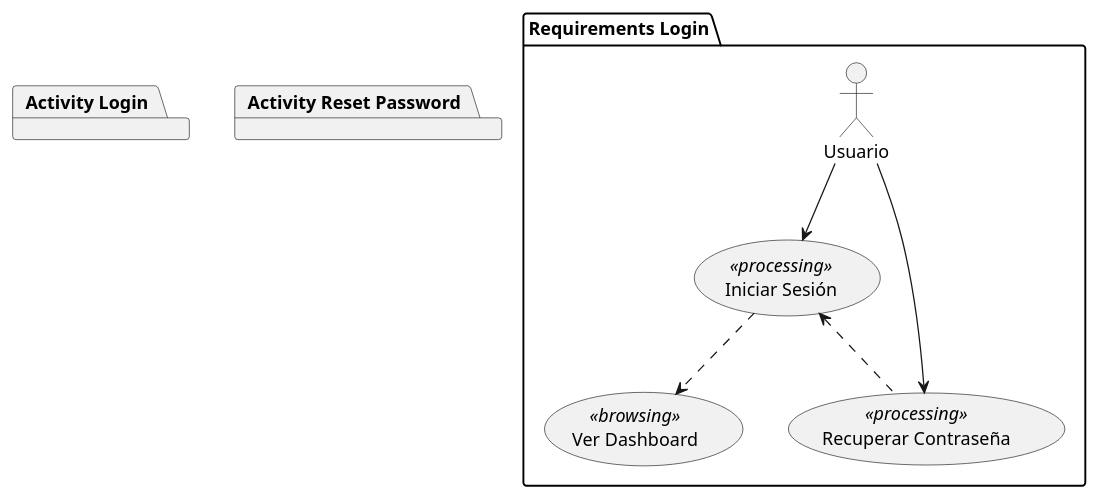
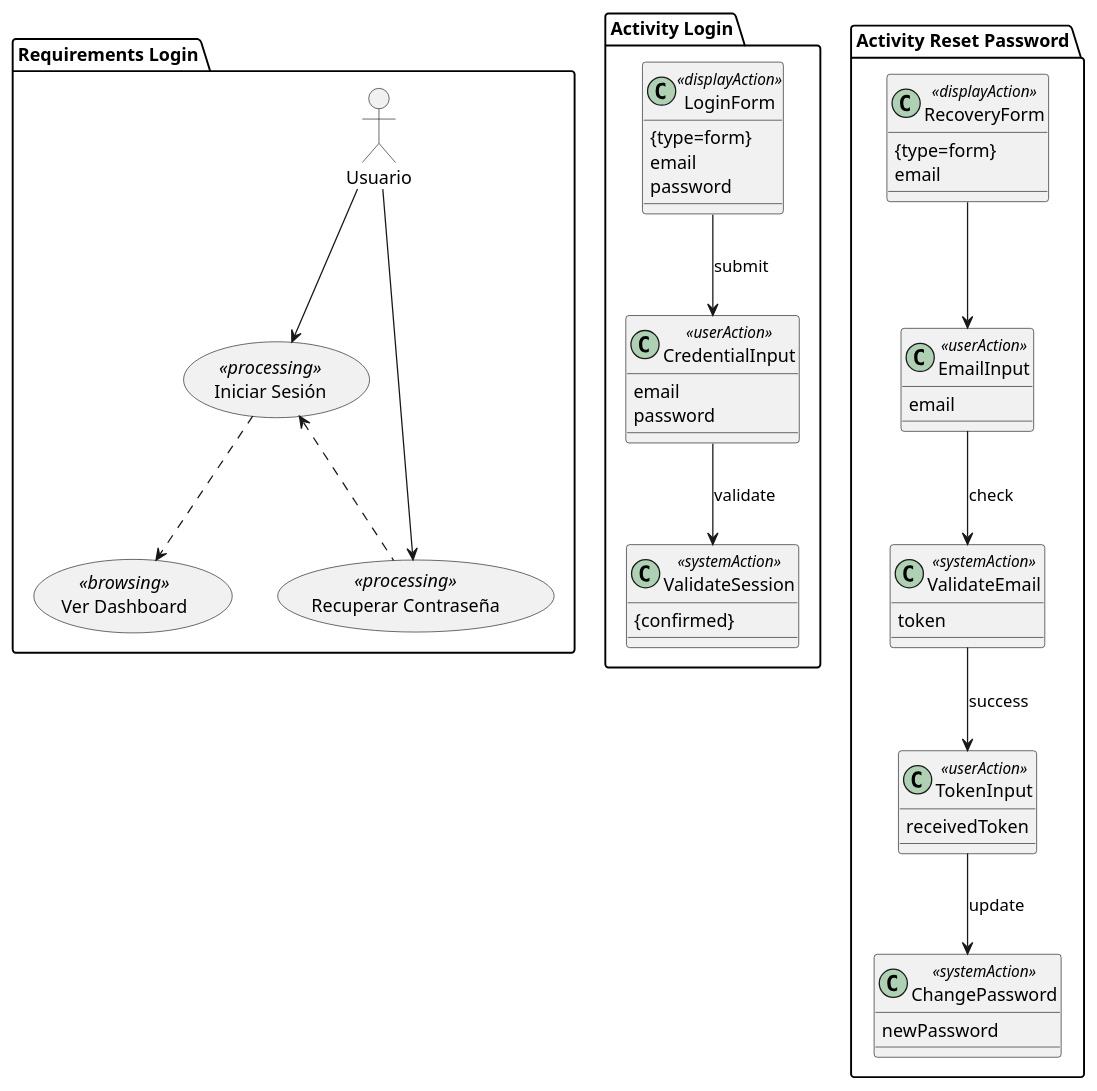
One commit to AinsleyJack/UWE-Tienda-Colectiva changed the diagram in Login/login_requirements.puml. Above: the diagram before and after it, drawn with PlantUML.

Commit message:
Feat: mejoras de actividades

```diff
--- a/Login/login_requirements.puml
+++ b/Login/login_requirements.puml
@@ -1,21 +1,63 @@
-@startuml
+@startuml login_requirements
+allow_mixing
 package "Requirements Login" {
   usecase "Iniciar Sesión" as Login <<processing>>
   usecase "Recuperar Contraseña" as Recover <<processing>>
   usecase "Ver Dashboard" as ViewDash <<browsing>>
   
   actor "Usuario" as User
 }
 
 package "Activity Login" {
+  class "LoginForm" as AL_Form <<displayAction>> {
+    {type=form}
+    email
+    password
+  }
+  
+  class "CredentialInput" as AL_Input <<userAction>> {
+    email
+    password
+  }
+  
+  class "ValidateSession" as AL_Process <<systemAction>> {
+    {confirmed}
+  }
+  
+  AL_Form --> AL_Input : submit
+  AL_Input --> AL_Process : validate
+}
 
-}
 package "Activity Reset Password" {
-
+  class "RecoveryForm" as AR_Form <<displayAction>> {
+    {type=form}
+    email
+  }
+  
+  class "EmailInput" as AR_Input <<userAction>> {
+    email
+  }
+  
+  class "ValidateEmail" as AR_ValEmail <<systemAction>> {
+    token
+  }
+  
+  class "TokenInput" as AR_Token <<userAction>> {
+    receivedToken
+  }
+  
+  class "ChangePassword" as AR_Change <<systemAction>> {
+    newPassword
+  }
+  
+  AR_Form --> AR_Input
+  AR_Input --> AR_ValEmail : check
+  AR_ValEmail --> AR_Token : success
+  AR_Token --> AR_Change : update
 }
 
 User --> Login
 User --> Recover
 Login ..> ViewDash 
 Login <.. Recover 
 @enduml
```
